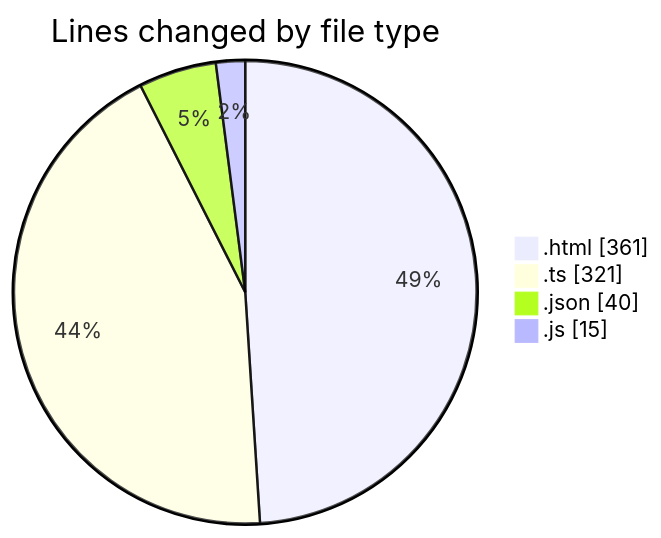
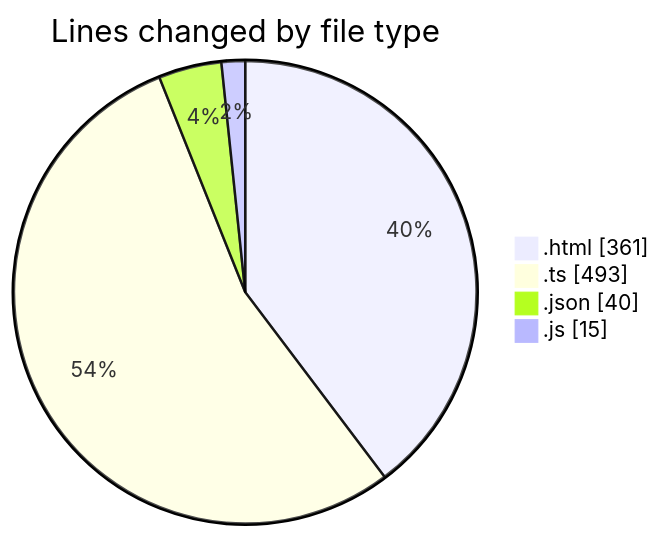
Before and after one commit to momahboobian/code-tracking: the first of 2 diagrams in 2025-05-15/news-clock-system-caspercg/README.md, drawn with Mermaid. The commit also changed other lines of this file and 1 other file, not shown here.

````diff
--- a/2025-05-15/news-clock-system-caspercg/README.md
+++ b/2025-05-15/news-clock-system-caspercg/README.md
@@ -28,8 +29,8 @@
 ```mermaid
 pie showData
 title Lines changed by file type
 ".html" : 361
-".ts" : 321
+".ts" : 493
 ".json" : 40
 ".js" : 15
 ```
````
